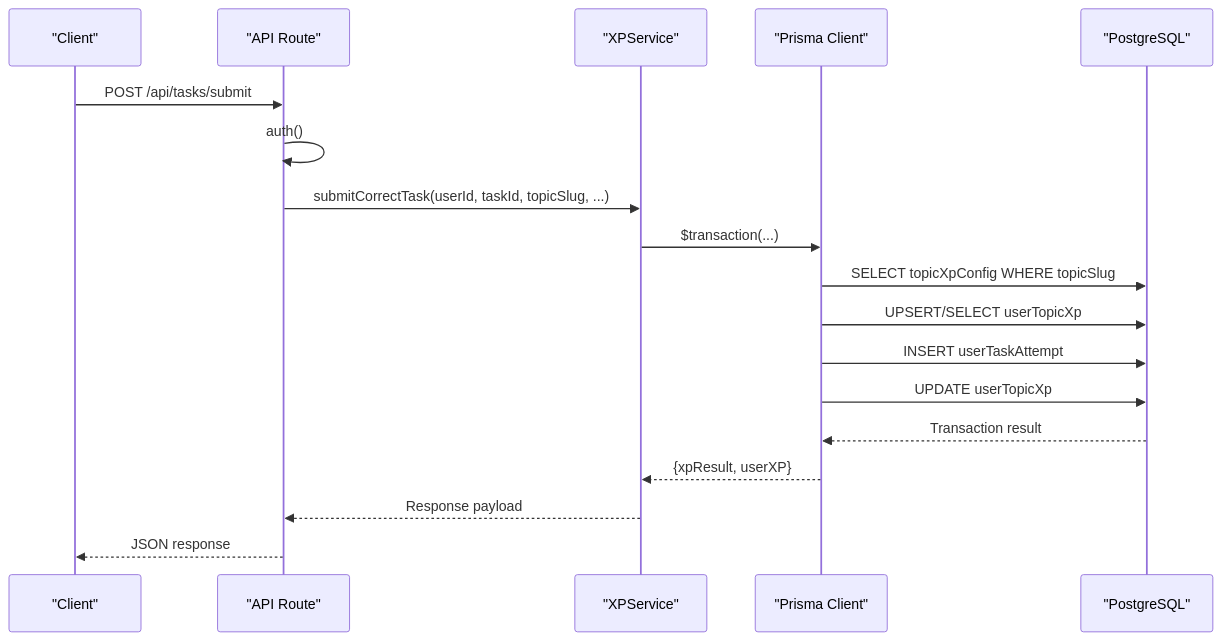
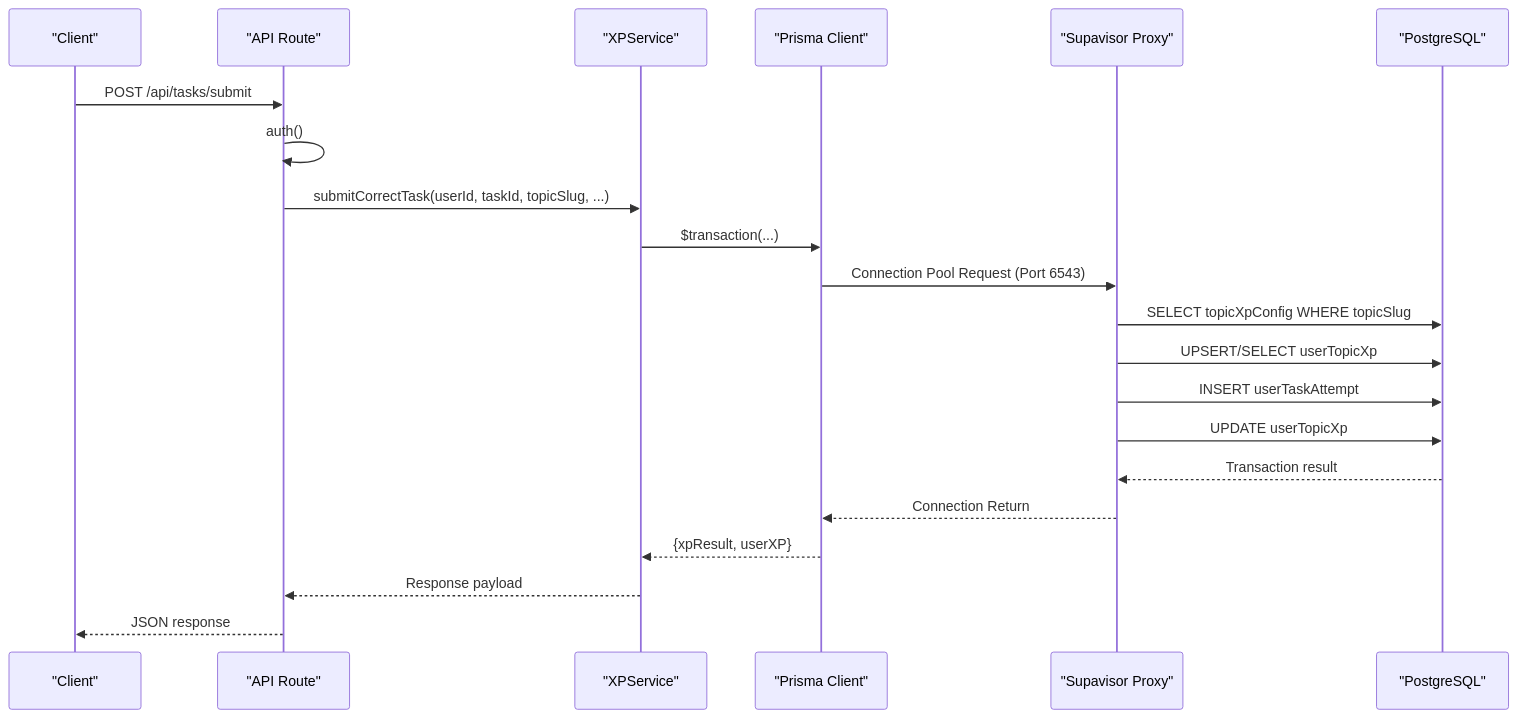
One commit to AlexKutz/math-app-next-js changed the second of 11 diagrams in .qoder/repowiki/en/content/Architecture & Design/Database Design & Integration.md. Above: the diagram before and after it, drawn with Mermaid. The commit also changed other lines of this file and 9 other files, not shown here.

````diff
--- a/.qoder/repowiki/en/content/Architecture & Design/Database Design & Integration.md
+++ b/.qoder/repowiki/en/content/Architecture & Design/Database Design & Integration.md
@@ -114,20 +133,23 @@
 ```mermaid
 sequenceDiagram
 participant Client as "Client"
 participant Route as "API Route"
 participant Service as "XPService"
 participant Prisma as "Prisma Client"
+participant Supavisor as "Supavisor Proxy"
 participant DB as "PostgreSQL"
 Client->>Route : POST /api/tasks/submit
 Route->>Route : auth()
 Route->>Service : submitCorrectTask(userId, taskId, topicSlug, ...)
 Service->>Prisma : $transaction(...)
-Prisma->>DB : SELECT topicXpConfig WHERE topicSlug
-Prisma->>DB : UPSERT/SELECT userTopicXp
-Prisma->>DB : INSERT userTaskAttempt
-Prisma->>DB : UPDATE userTopicXp
-DB-->>Prisma : Transaction result
+Prisma->>Supavisor : Connection Pool Request (Port 6543)
+Supavisor->>DB : SELECT topicXpConfig WHERE topicSlug
+Supavisor->>DB : UPSERT/SELECT userTopicXp
+Supavisor->>DB : INSERT userTaskAttempt
+Supavisor->>DB : UPDATE userTopicXp
+DB-->>Supavisor : Transaction result
+Supavisor-->>Prisma : Connection Return
 Prisma-->>Service : {xpResult, userXP}
 Service-->>Route : Response payload
 Route-->>Client : JSON response
 ```
````
